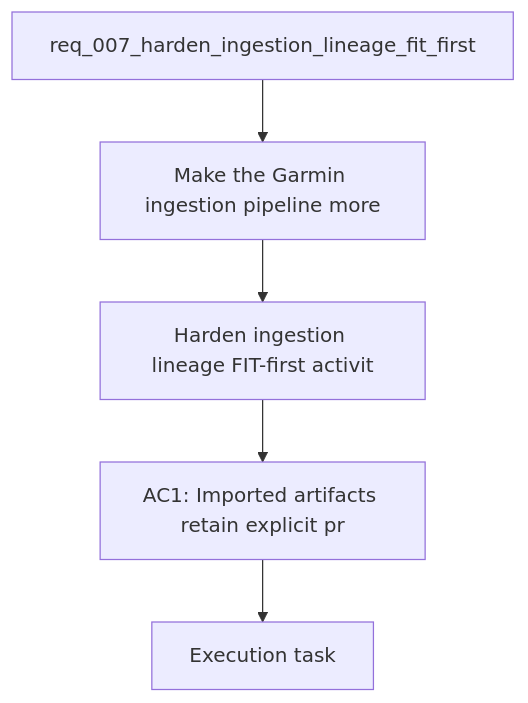
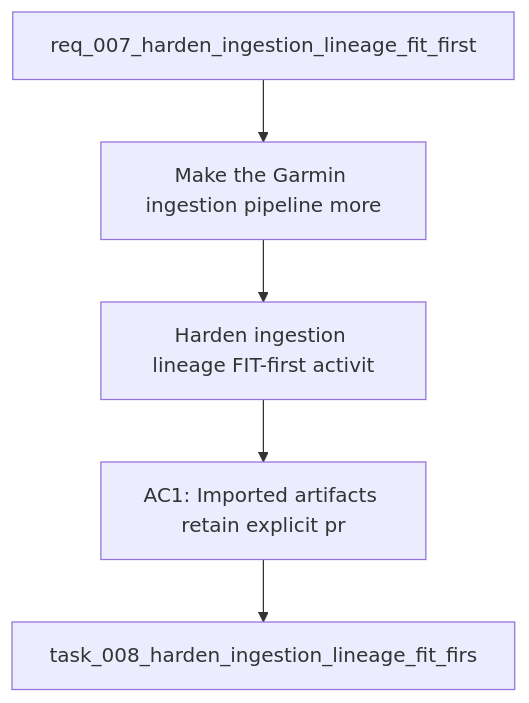
The diagram in logics/backlog/item_008_harden_ingestion_lineage_fit_first_activity_parsing_and_coaching_feature_coverage_reporting.md (Jilanos/Coach_garmin), drawn with Mermaid before and after one commit. The commit also changed other lines of this file and 86 other files, not shown here.

Commit message:
Harden chart UX and UTF-8 handling

````diff
--- a/logics/backlog/item_008_harden_ingestion_lineage_fit_first_activity_parsing_and_coaching_feature_coverage_reporting.md
+++ b/logics/backlog/item_008_harden_ingestion_lineage_fit_first_activity_parsing_and_coaching_feature_coverage_reporting.md
@@ -24,9 +24,9 @@
 ```mermaid
 %% logics-kind: backlog
 %% logics-signature: backlog|harden-ingestion-lineage-fit-first-activ|req-007-harden-ingestion-lineage-fit-fir|make-the-garmin-ingestion-pipeline-more|ac1-imported-artifacts-retain-explicit-p
 flowchart TD
     Request[req_007_harden_ingestion_lineage_fit_first] --> Problem[Make the Garmin ingestion pipeline more]
     Problem --> Scope[Harden ingestion lineage FIT-first activit]
     Scope --> Acceptance[AC1: Imported artifacts retain explicit pr]
-    Acceptance --> Tasks[Execution task]
+    Acceptance --> Tasks[task_008_harden_ingestion_lineage_fit_firs]
 ```
````
